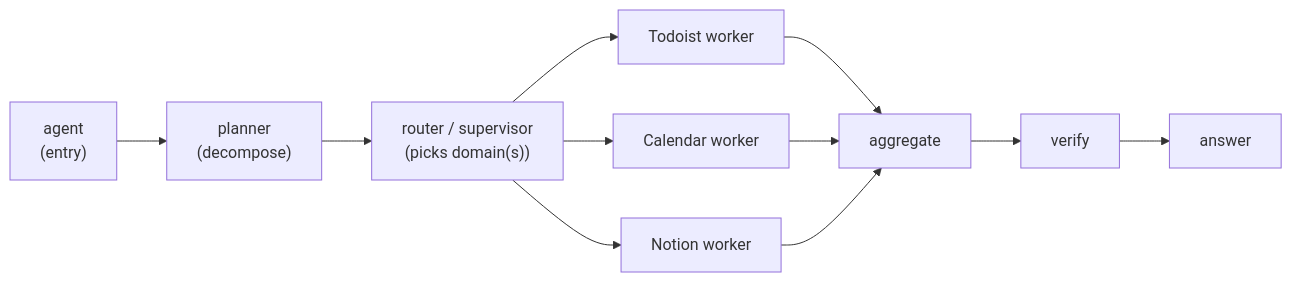
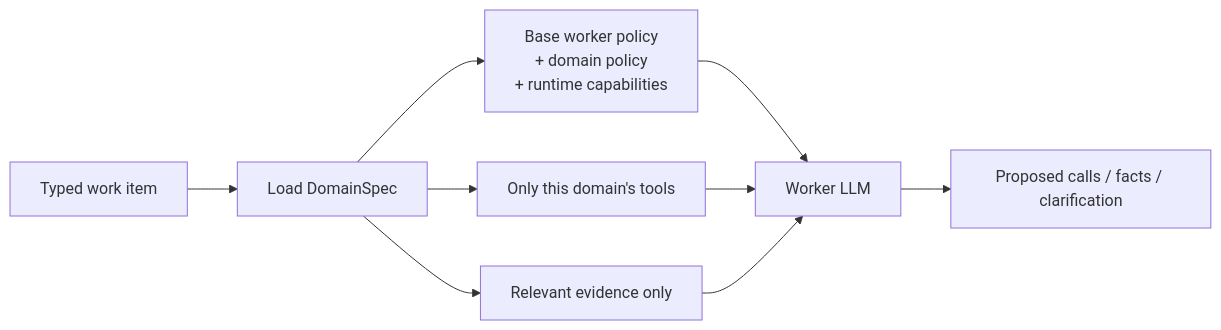
Before and after one commit to mcxraider/jarvis: the fourth of 7 diagrams in reports/jarvis-future.md, drawn with Mermaid. The commit also changed other lines of this file and 42 other files, not shown here.

````diff
--- a/reports/jarvis-future.md
+++ b/reports/jarvis-future.md
@@ -131,13 +449,11 @@
 ```mermaid
 flowchart LR
-    Agent["agent<br/>(entry)"] --> Planner["planner<br/>(decompose)"]
-    Planner --> Router["router / supervisor<br/>(picks domain(s))"]
-    Router --> Todoist["Todoist worker"]
-    Router --> Calendar["Calendar worker"]
-    Router --> Notion["Notion worker"]
-    Todoist --> Aggregate["aggregate"]
-    Calendar --> Aggregate
-    Notion --> Aggregate
-    Aggregate --> Verify["verify"]
-    Verify --> Answer["answer"]
+    Step["Typed work item"] --> Loader["Load DomainSpec"]
+    Loader --> Prompt["Base worker policy<br/>+ domain policy<br/>+ runtime capabilities"]
+    Loader --> Tools["Only this domain's tools"]
+    Loader --> Context["Relevant evidence only"]
+    Prompt --> Model["Worker LLM"]
+    Tools --> Model
+    Context --> Model
+    Model --> Output["Proposed calls / facts / clarification"]
 ```
````
